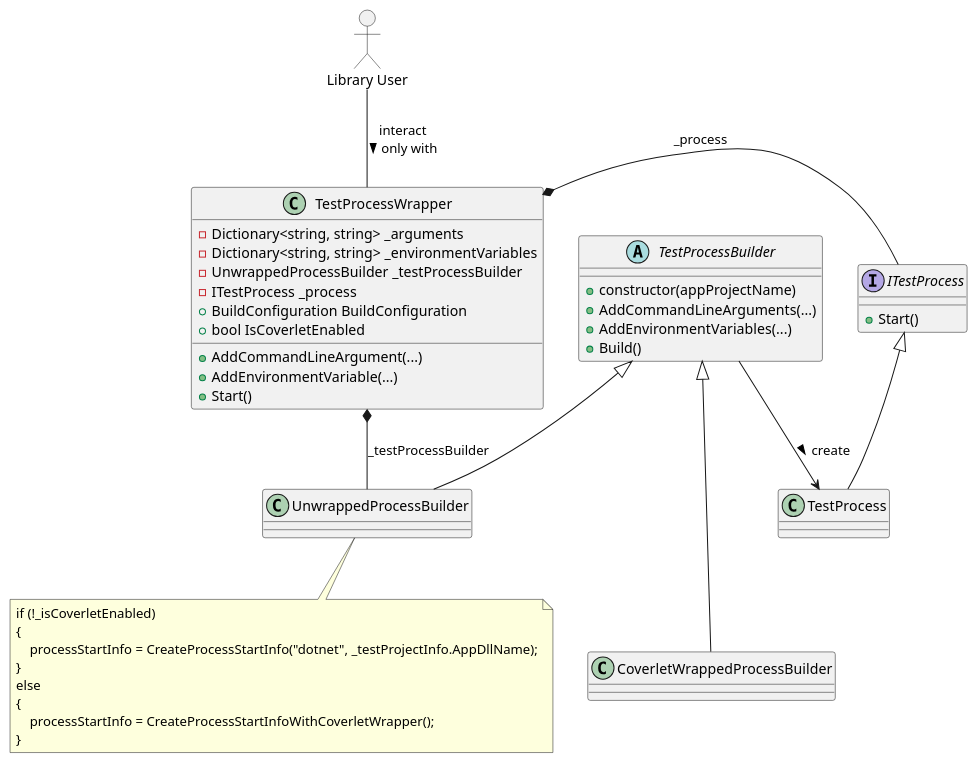
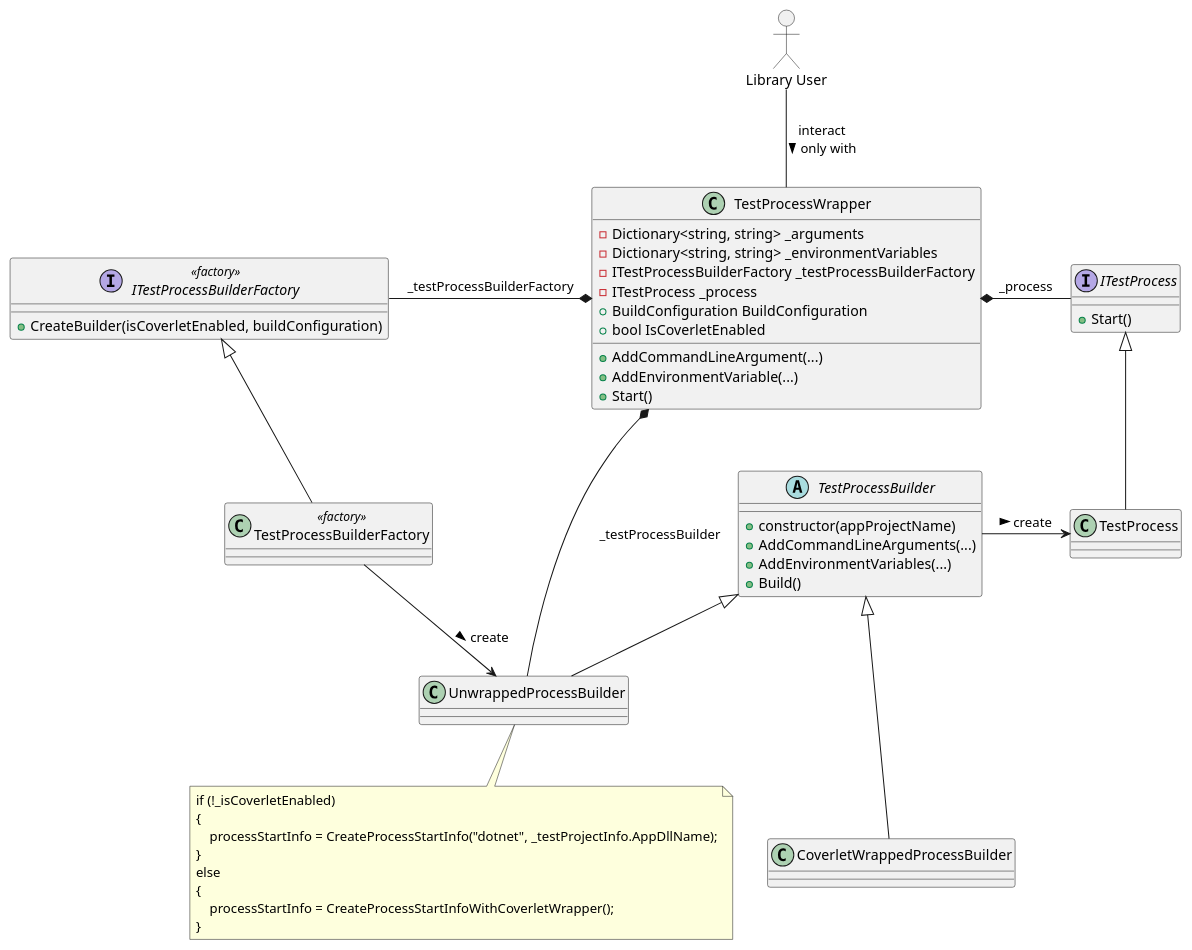
One commit to wonderbird/TestProcessWrapper changed the diagram in docs/current_create_process.puml. Above: the diagram before and after it, drawn with PlantUML. The commit also changed 6 other files, not shown here.

Commit message:
refactor: introduce TestProcessBuilderFactory to create the UnwrappedProcessBuilder as late as possible

```diff
--- a/docs/current_create_process.puml
+++ b/docs/current_create_process.puml
@@ -1,57 +1,67 @@
 @startuml
 allowmixing
 
 actor "Library User" as user
 
 class "TestProcessWrapper" as wrapper {
   - Dictionary<string, string> _arguments
   - Dictionary<string, string> _environmentVariables
-  - UnwrappedProcessBuilder _testProcessBuilder
+  - ITestProcessBuilderFactory _testProcessBuilderFactory
   - ITestProcess _process
   + BuildConfiguration BuildConfiguration
   + bool IsCoverletEnabled
 
   + AddCommandLineArgument(...)
   + AddEnvironmentVariable(...)
   + Start()
 }
 
 user -- wrapper : interact\nonly with >
 
+interface "ITestProcessBuilderFactory" as factory_if << factory >> {
+  + CreateBuilder(isCoverletEnabled, buildConfiguration)
+}
+
+class "TestProcessBuilderFactory" as factory << factory >>
+factory_if <|-- factory
+
+factory_if -* wrapper : _testProcessBuilderFactory
+
 abstract class "TestProcessBuilder" as new_builder {
   + constructor(appProjectName)
   + AddCommandLineArguments(...)
   + AddEnvironmentVariables(...)
   + Build()
 }
 
 class "UnwrappedProcessBuilder" as builder
 new_builder <|-- builder
+factory --> builder : create >
 
 wrapper *-- builder : _testProcessBuilder
 
 class "CoverletWrappedProcessBuilder" as coverlet_builder
 new_builder <|--- coverlet_builder
 
 interface "ITestProcess" as process_if {
   + Start()
 }
 
 wrapper *- process_if : _process
 
 class "TestProcess" as process
 process_if <|-- process
 
 new_builder -> process : create >
 
 note bottom of builder
 if (!_isCoverletEnabled)
 {
     processStartInfo = CreateProcessStartInfo("dotnet", _testProjectInfo.AppDllName);
 }
 else
 {
     processStartInfo = CreateProcessStartInfoWithCoverletWrapper();
 }
 end note
 @enduml
```
